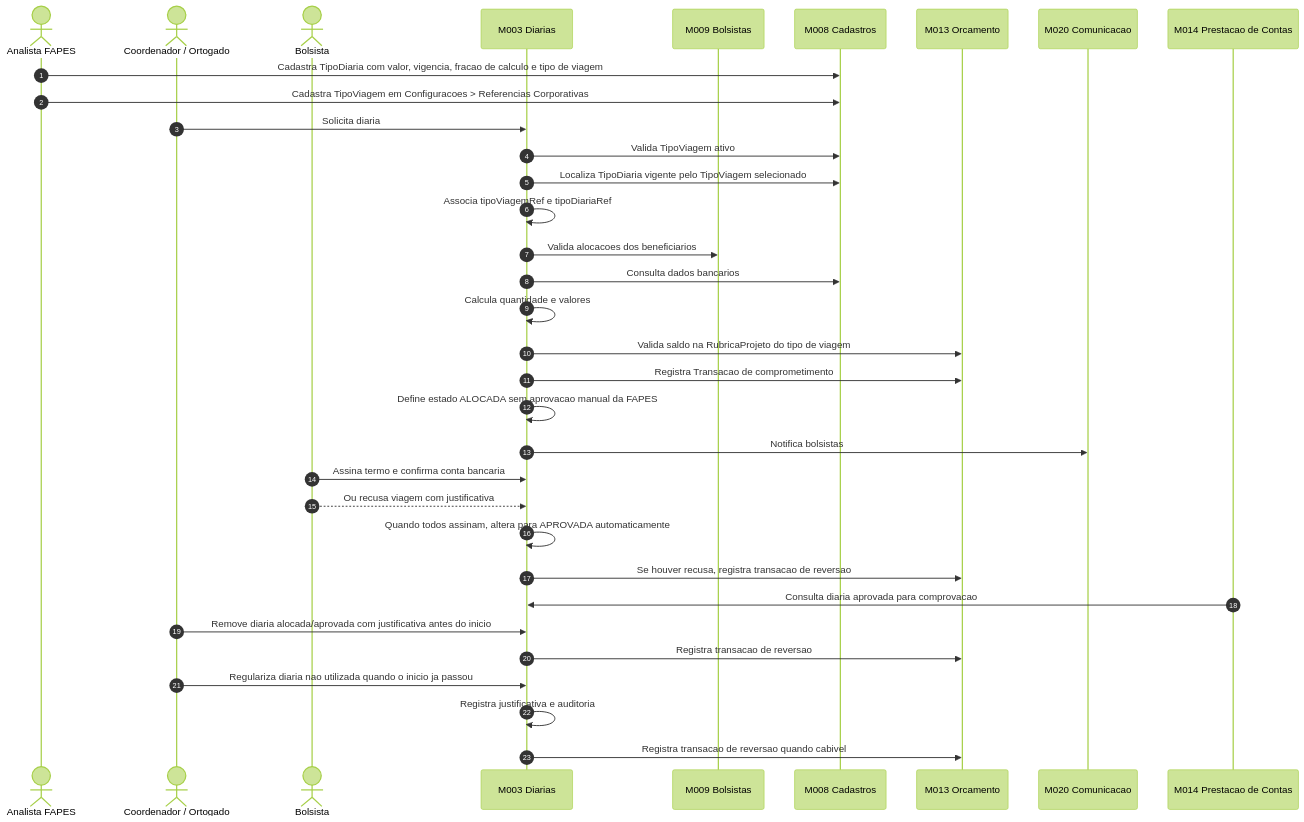
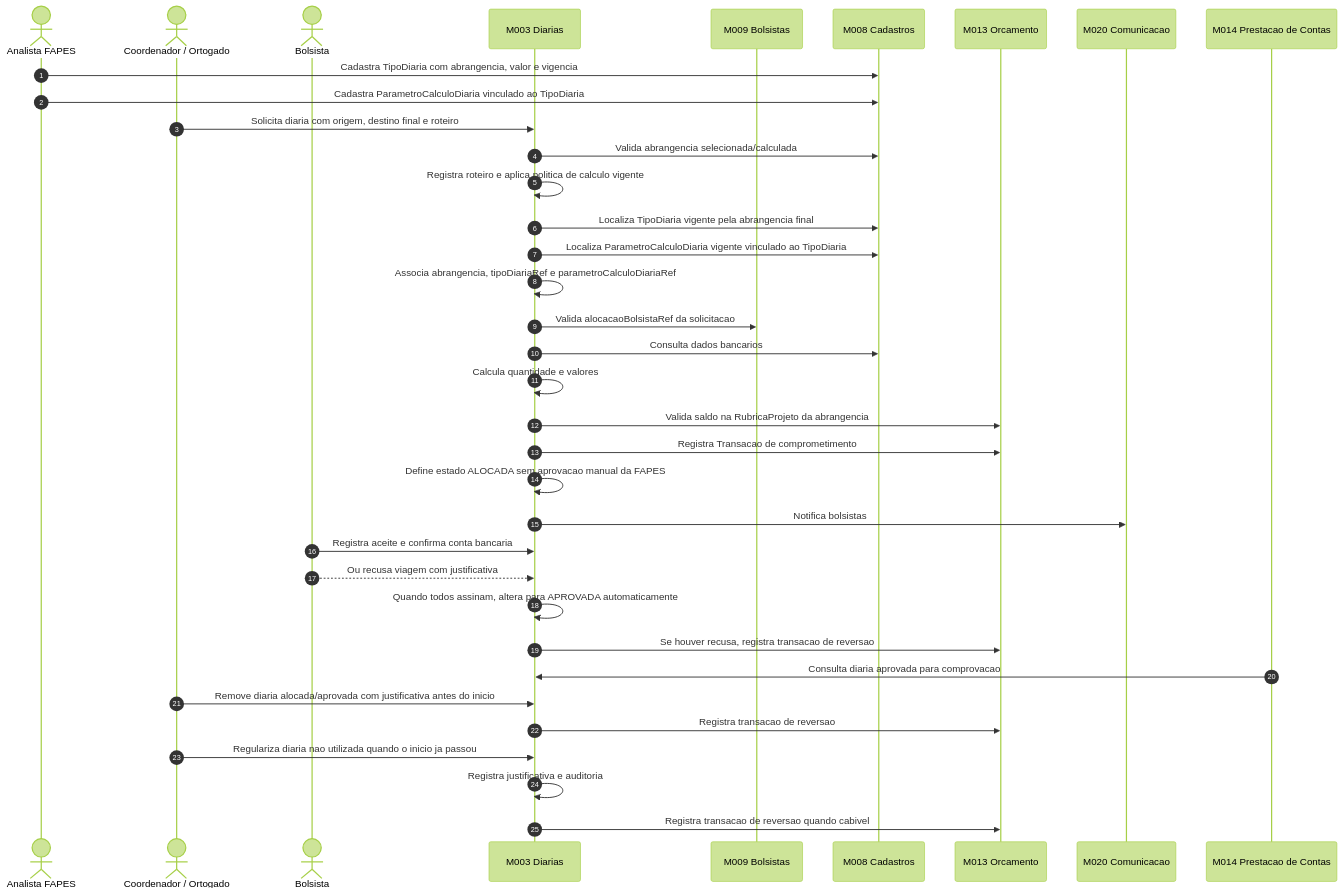
Before and after one commit to Czzped/conecta-fapes-teste: the first of 2 diagrams in docs/implementation/modules/M003-gestao-iniciativas-captadas/diarias/processo.md, drawn with Mermaid (forest theme). The commit also changed other lines of this file and 30 other files, not shown here.

````diff
--- a/docs/implementation/modules/M003-gestao-iniciativas-captadas/diarias/processo.md
+++ b/docs/implementation/modules/M003-gestao-iniciativas-captadas/diarias/processo.md
@@ -7,37 +7,39 @@
 ```mermaid
 sequenceDiagram
     autonumber
     actor FAPES as Analista FAPES
     actor Coord as Coordenador / Ortogado
     actor Bolsista as Bolsista
     participant M003 as M003 Diarias
     participant M009 as M009 Bolsistas
     participant M008 as M008 Cadastros
     participant M013 as M013 Orcamento
     participant M020 as M020 Comunicacao
     participant M014 as M014 Prestacao de Contas
 
-    FAPES->>M008: Cadastra TipoDiaria com valor, vigencia, fracao de calculo e tipo de viagem
-    FAPES->>M008: Cadastra TipoViagem em Configuracoes > Referencias Corporativas
-    Coord->>M003: Solicita diaria
-    M003->>M008: Valida TipoViagem ativo
-    M003->>M008: Localiza TipoDiaria vigente pelo TipoViagem selecionado
-    M003->>M003: Associa tipoViagemRef e tipoDiariaRef
-    M003->>M009: Valida alocacoes dos beneficiarios
+    FAPES->>M008: Cadastra TipoDiaria com abrangencia, valor e vigencia
+    FAPES->>M008: Cadastra ParametroCalculoDiaria vinculado ao TipoDiaria
+    Coord->>M003: Solicita diaria com origem, destino final e roteiro
+    M003->>M008: Valida abrangencia selecionada/calculada
+    M003->>M003: Registra roteiro e aplica politica de calculo vigente
+    M003->>M008: Localiza TipoDiaria vigente pela abrangencia final
+    M003->>M008: Localiza ParametroCalculoDiaria vigente vinculado ao TipoDiaria
+    M003->>M003: Associa abrangencia, tipoDiariaRef e parametroCalculoDiariaRef
+    M003->>M009: Valida alocacaoBolsistaRef da solicitacao
     M003->>M008: Consulta dados bancarios
     M003->>M003: Calcula quantidade e valores
-    M003->>M013: Valida saldo na RubricaProjeto do tipo de viagem
+    M003->>M013: Valida saldo na RubricaProjeto da abrangencia
     M003->>M013: Registra Transacao de comprometimento
     M003->>M003: Define estado ALOCADA sem aprovacao manual da FAPES
     M003->>M020: Notifica bolsistas
-    Bolsista->>M003: Assina termo e confirma conta bancaria
+    Bolsista->>M003: Registra aceite e confirma conta bancaria
     Bolsista-->>M003: Ou recusa viagem com justificativa
     M003->>M003: Quando todos assinam, altera para APROVADA automaticamente
     M003->>M013: Se houver recusa, registra transacao de reversao
     M014->>M003: Consulta diaria aprovada para comprovacao
     Coord->>M003: Remove diaria alocada/aprovada com justificativa antes do inicio
     M003->>M013: Registra transacao de reversao
     Coord->>M003: Regulariza diaria nao utilizada quando o inicio ja passou
     M003->>M003: Registra justificativa e auditoria
     M003->>M013: Registra transacao de reversao quando cabivel
 ```
````
